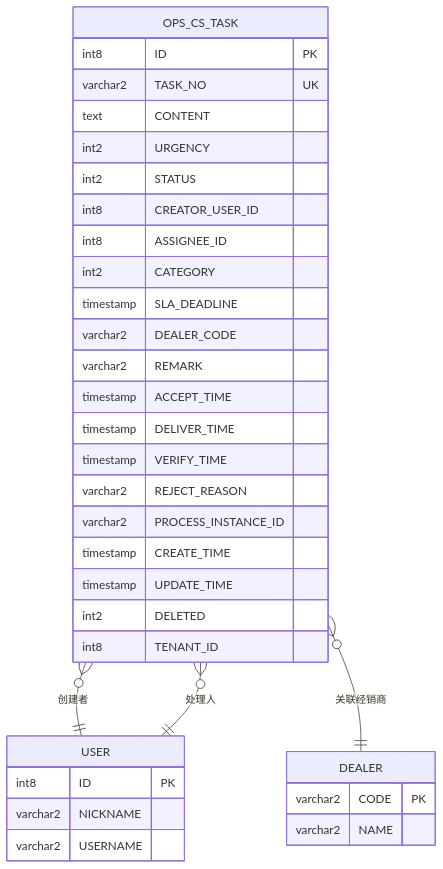
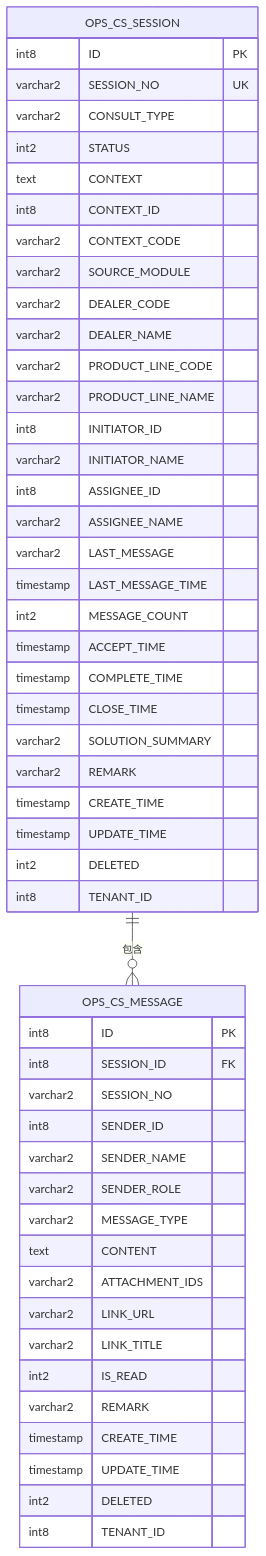
One commit to xiaoche80s-tech/rouyi-vue-pro changed the fifth of 16 diagrams in .qoder/repowiki/zh/content/核心模块/客户服务模块.md. Above: the diagram before and after it, drawn with Mermaid. The commit also changed other lines of this file and 598 other files, not shown here.

````diff
--- a/.qoder/repowiki/zh/content/核心模块/客户服务模块.md
+++ b/.qoder/repowiki/zh/content/核心模块/客户服务模块.md
@@ -262,37 +328,53 @@
 ```mermaid
 erDiagram
-OPS_CS_TASK {
+OPS_CS_SESSION {
 int8 ID PK
-varchar2 TASK_NO UK
-text CONTENT
-int2 URGENCY
+varchar2 SESSION_NO UK
+varchar2 CONSULT_TYPE
 int2 STATUS
-int8 CREATOR_USER_ID
+text CONTEXT
+int8 CONTEXT_ID
+varchar2 CONTEXT_CODE
+varchar2 SOURCE_MODULE
+varchar2 DEALER_CODE
+varchar2 DEALER_NAME
+varchar2 PRODUCT_LINE_CODE
+varchar2 PRODUCT_LINE_NAME
+int8 INITIATOR_ID
+varchar2 INITIATOR_NAME
 int8 ASSIGNEE_ID
-int2 CATEGORY
-timestamp SLA_DEADLINE
-varchar2 DEALER_CODE
+varchar2 ASSIGNEE_NAME
+varchar2 LAST_MESSAGE
+timestamp LAST_MESSAGE_TIME
+int2 MESSAGE_COUNT
+timestamp ACCEPT_TIME
+timestamp COMPLETE_TIME
+timestamp CLOSE_TIME
+varchar2 SOLUTION_SUMMARY
 varchar2 REMARK
-timestamp ACCEPT_TIME
-timestamp DELIVER_TIME
-timestamp VERIFY_TIME
-varchar2 REJECT_REASON
-varchar2 PROCESS_INSTANCE_ID
 timestamp CREATE_TIME
 timestamp UPDATE_TIME
 int2 DELETED
 int8 TENANT_ID
 }
-USER {
+OPS_CS_MESSAGE {
 int8 ID PK
-varchar2 NICKNAME
-varchar2 USERNAME
+int8 SESSION_ID FK
+varchar2 SESSION_NO
+int8 SENDER_ID
+varchar2 SENDER_NAME
+varchar2 SENDER_ROLE
+varchar2 MESSAGE_TYPE
+text CONTENT
+varchar2 ATTACHMENT_IDS
+varchar2 LINK_URL
+varchar2 LINK_TITLE
+int2 IS_READ
+varchar2 REMARK
+timestamp CREATE_TIME
+timestamp UPDATE_TIME
+int2 DELETED
+int8 TENANT_ID
 }
-DEALER {
-varchar2 CODE PK
-varchar2 NAME
-}
-OPS_CS_TASK }o--|| USER : "创建者"
-OPS_CS_TASK }o--|| USER : "处理人"
-OPS_CS_TASK }o--|| DEALER : "关联经销商"
+OPS_CS_SESSION ||--o{ OPS_CS_MESSAGE : "包含"
 ```
````
